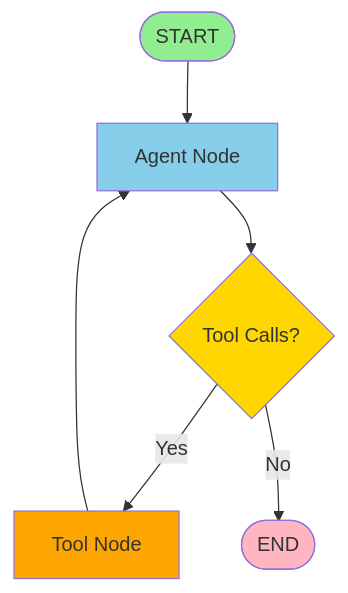
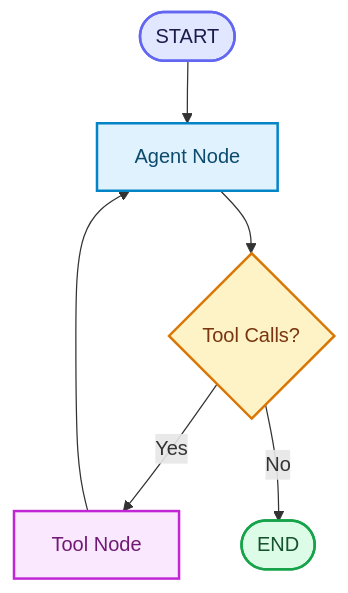
One commit to ralf-42/Agenten changed the third of 7 diagrams in docs/05-frameworks/einsteiger-langgraph.md. Above: the diagram before and after it, drawn with Mermaid. The commit also changed other lines of this file and 15 other files, not shown here.

````diff
--- a/docs/05-frameworks/einsteiger-langgraph.md
+++ b/docs/05-frameworks/einsteiger-langgraph.md
@@ -320,14 +318,18 @@
 ```mermaid
 flowchart TB
     START([START]) --> AGENT[Agent Node]
     AGENT --> COND{Tool Calls?}
     COND -->|Yes| TOOLS[Tool Node]
     COND -->|No| END([END])
     TOOLS --> AGENT
 
-    style START fill:#90EE90
-    style END fill:#FFB6C1
-    style COND fill:#FFD700
-    style TOOLS fill:#FFA500
-    style AGENT fill:#87CEEB
+    classDef default fill:#e0f2fe,stroke:#0284c7,stroke-width:2px,color:#0c4a6e;
+    classDef input fill:#e0e7ff,stroke:#6366f1,stroke-width:2px,color:#1e1b4b;
+    classDef metric fill:#fef3c7,stroke:#d97706,stroke-width:2px,color:#78350f;
+    classDef output fill:#dcfce7,stroke:#16a34a,stroke-width:2px,color:#14532d;
+    classDef target fill:#fae8ff,stroke:#c026d3,stroke-width:2px,color:#701a75;
+    class START input;
+    class END output;
+    class COND metric;
+    class TOOLS target;
 ```
````
